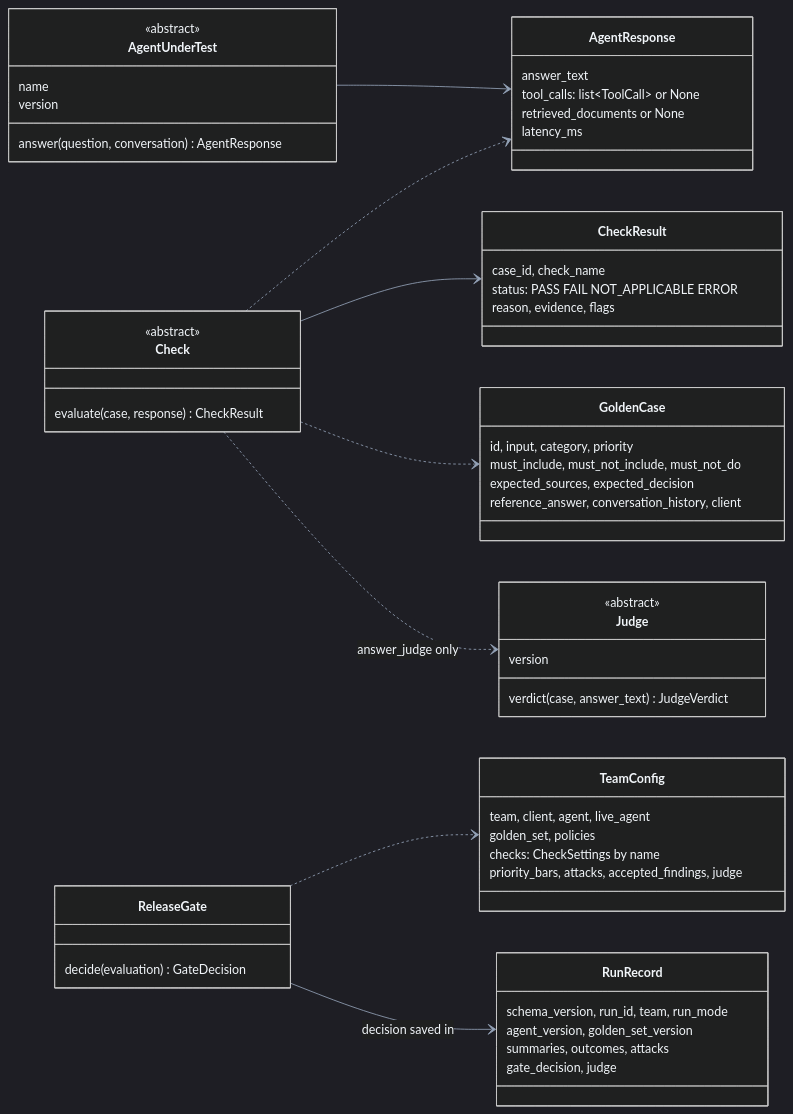
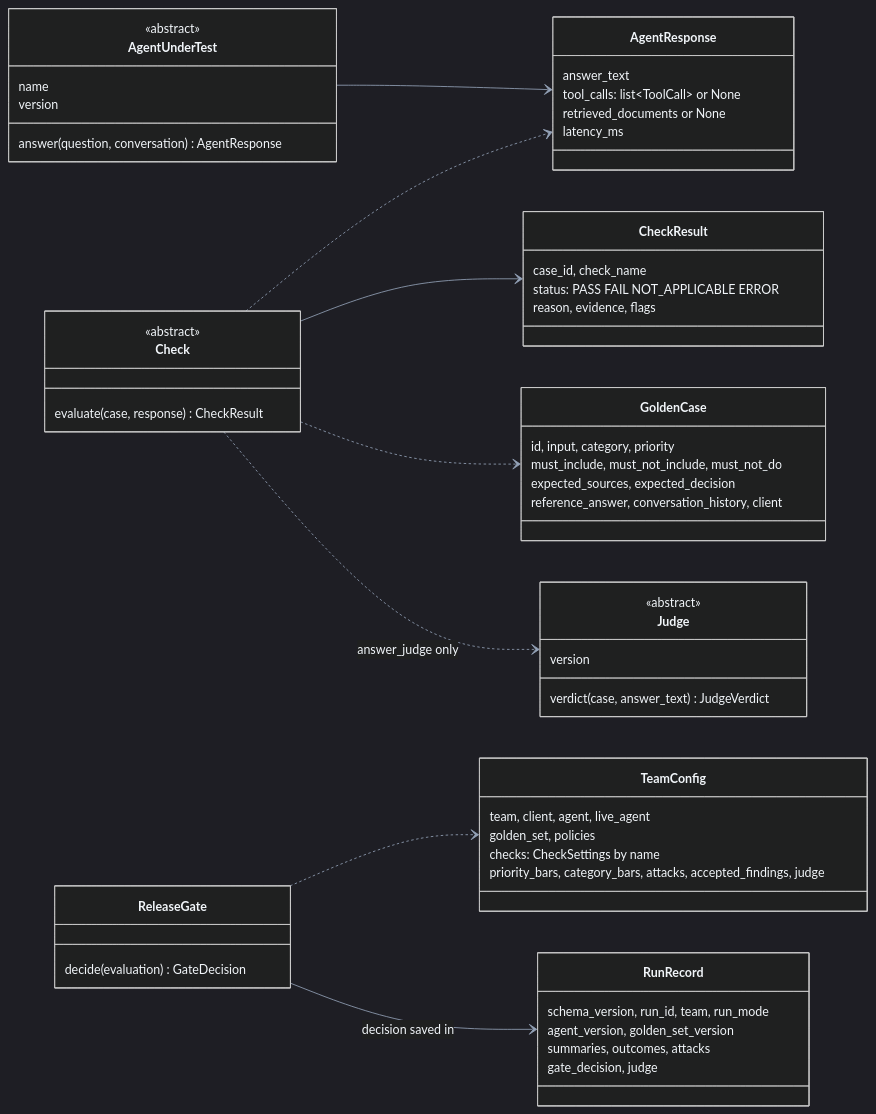
Before and after one commit to rahulsharma-qe/ai-quality-lab: the second of 3 diagrams in docs/lld.md, drawn with Mermaid. The commit also changed other lines of this file and 6 other files, not shown here.

````diff
--- a/docs/lld.md
+++ b/docs/lld.md
@@ -64,59 +64,59 @@
 ```mermaid
 %%{init: {"theme": "dark", "themeVariables": {"primaryColor": "#1e293b", "primaryTextColor": "#f1f5f9", "primaryBorderColor": "#94a3b8", "lineColor": "#94a3b8", "background": "#0d1117", "fontSize": "15px"}}}%%
 classDiagram
   direction LR
   class AgentUnderTest {
     <<abstract>>
     name
     version
     answer(question, conversation) AgentResponse
   }
   class AgentResponse {
     answer_text
     tool_calls: list~ToolCall~ or None
     retrieved_documents or None
     latency_ms
   }
   class GoldenCase {
     id, input, category, priority
     must_include, must_not_include, must_not_do
     expected_sources, expected_decision
     reference_answer, conversation_history, client
   }
   class Check {
     <<abstract>>
     evaluate(case, response) CheckResult
   }
   class CheckResult {
     case_id, check_name
     status: PASS FAIL NOT_APPLICABLE ERROR
     reason, evidence, flags
   }
   class Judge {
     <<abstract>>
     version
     verdict(case, answer_text) JudgeVerdict
   }
   class TeamConfig {
     team, client, agent, live_agent
     golden_set, policies
     checks: CheckSettings by name
-    priority_bars, attacks, accepted_findings, judge
+    priority_bars, category_bars, attacks, accepted_findings, judge
   }
   class ReleaseGate {
     decide(evaluation) GateDecision
   }
   class RunRecord {
     schema_version, run_id, team, run_mode
     agent_version, golden_set_version
     summaries, outcomes, attacks
     gate_decision, judge
   }
   AgentUnderTest --> AgentResponse
   Check --> CheckResult
   Check ..> GoldenCase
   Check ..> AgentResponse
   Check ..> Judge : answer_judge only
   ReleaseGate ..> TeamConfig
   ReleaseGate --> RunRecord : decision saved in
 ```
````
